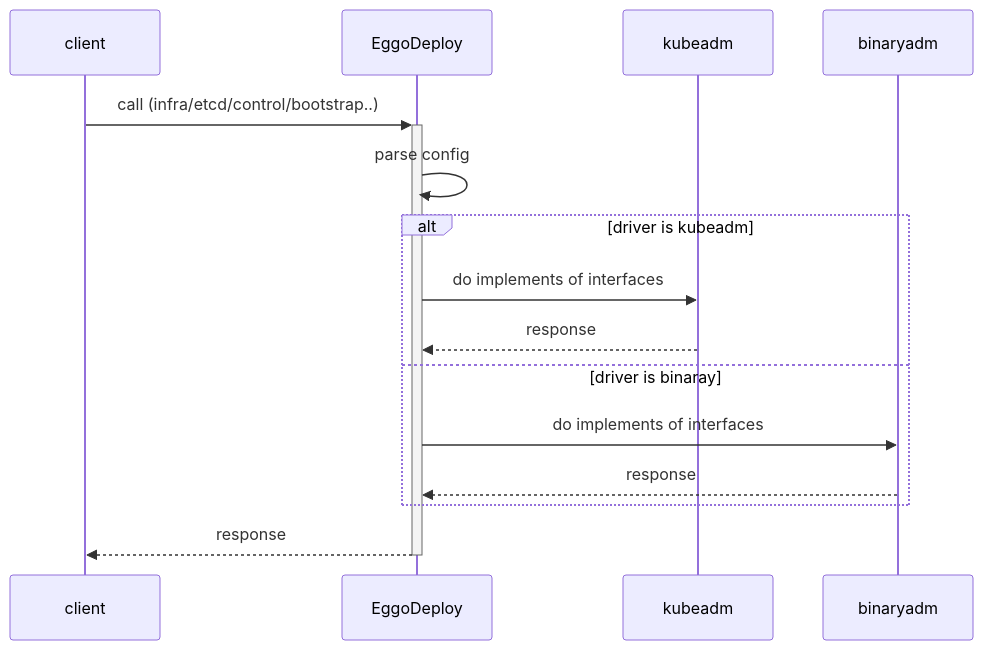
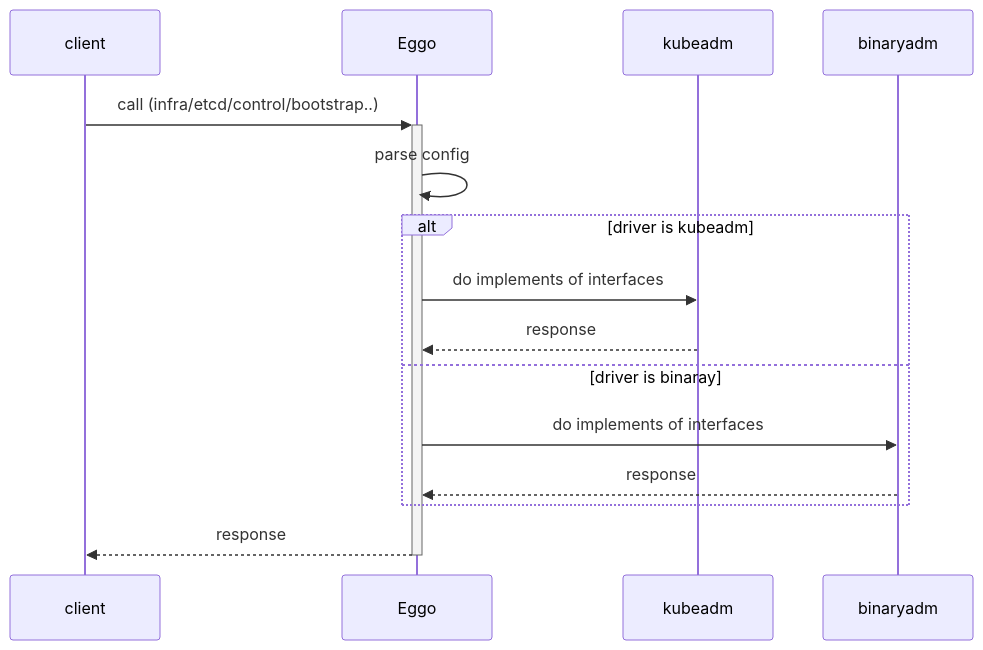
Before and after one commit to openeuler-mirror/eggo: the third of 12 diagrams in docs/general_design_raw.md, drawn with Mermaid. The commit also changed other lines of this file and 8 other files, not shown here.

````diff
--- a/docs/general_design_raw.md
+++ b/docs/general_design_raw.md
@@ -72,17 +68,17 @@
 ```mermaid
 sequenceDiagram
 	participant A as client
-	participant B as EggoDeploy
+	participant B as Eggo
 	participant C as kubeadm
 	participant D as binaryadm
 	A ->>+ B: call (infra/etcd/control/bootstrap..)
 	B ->> B: parse config
 	alt driver is kubeadm
 		B ->> C: do implements of interfaces
 		C -->> B: response
 	else driver is binaray
 		B ->> D: do implements of interfaces
 		D -->> B: response
 	end
 	B -->>- A: response
 ```
````
